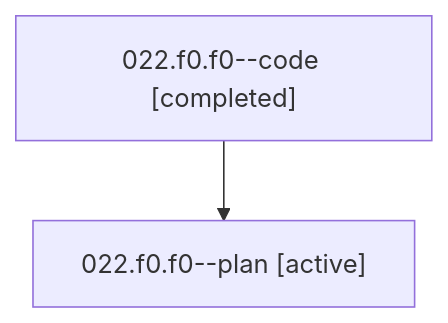
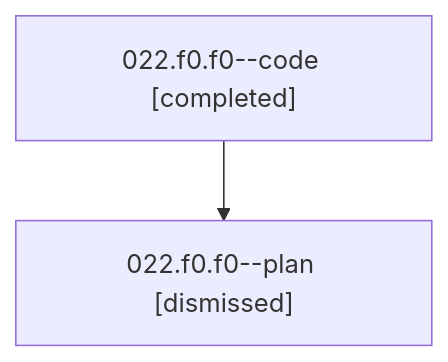
One commit to bobs-org/bob-cli--agents changed the diagram in sessions/bbugyi200.athena.022.f0.f0.md. Above: the diagram before and after it, drawn with Mermaid. The commit also changed other lines of this file and 46 other files, not shown here.

````diff
--- a/sessions/bbugyi200.athena.022.f0.f0.md
+++ b/sessions/bbugyi200.athena.022.f0.f0.md
@@ -9,6 +9,6 @@
 ```mermaid
 flowchart TD
   n0["022.f0.f0--code [completed]"]
-  n1["022.f0.f0--plan [active]"]
+  n1["022.f0.f0--plan [dismissed]"]
   n0 --> n1
 ```
````
